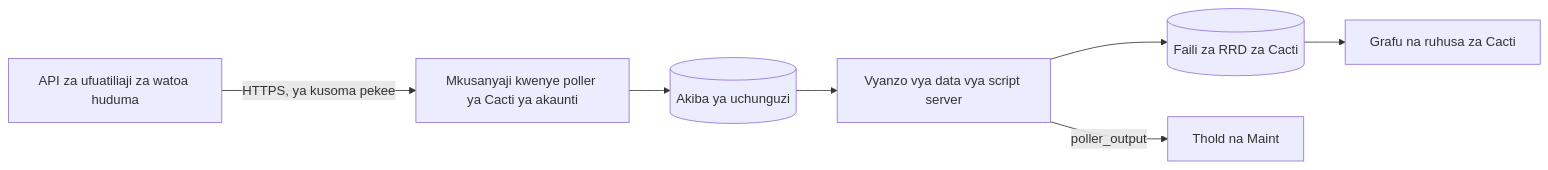
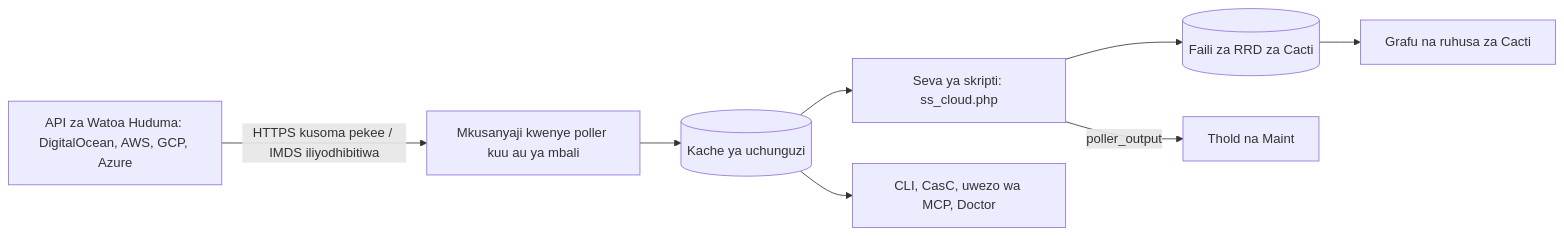
Before and after one commit to somethingwithproof/plugin_cloud: the diagram in docs/i18n/sw-KE/README.md, drawn with Mermaid. The commit also changed other lines of this file and 48 other files, not shown here.

First line of the commit message:
docs(readme): document AWS, GCP, Azure drivers, remote collectors, and ecosystem hooks

````diff
--- a/docs/i18n/sw-KE/README.md
+++ b/docs/i18n/sw-KE/README.md
@@ -110,9 +148,10 @@
 ```mermaid
 flowchart LR
-    API[API za ufuatiliaji za watoa huduma] -->|HTTPS, ya kusoma pekee| C[Mkusanyaji kwenye poller ya Cacti ya akaunti]
-    C --> O[(Akiba ya uchunguzi)]
-    O --> SS[Vyanzo vya data vya script server]
+    API[API za Watoa Huduma: DigitalOcean, AWS, GCP, Azure] -->|HTTPS kusoma pekee / IMDS iliyodhibitiwa| C[Mkusanyaji kwenye poller kuu au ya mbali]
+    C --> O[(Kache ya uchunguzi)]
+    O --> SS[Seva ya skripti: ss_cloud.php]
     SS --> RRD[(Faili za RRD za Cacti)]
     SS -->|poller_output| T[Thold na Maint]
     RRD --> G[Grafu na ruhusa za Cacti]
+    O --> ECO[CLI, CasC, uwezo wa MCP, Doctor]
 ```
````
